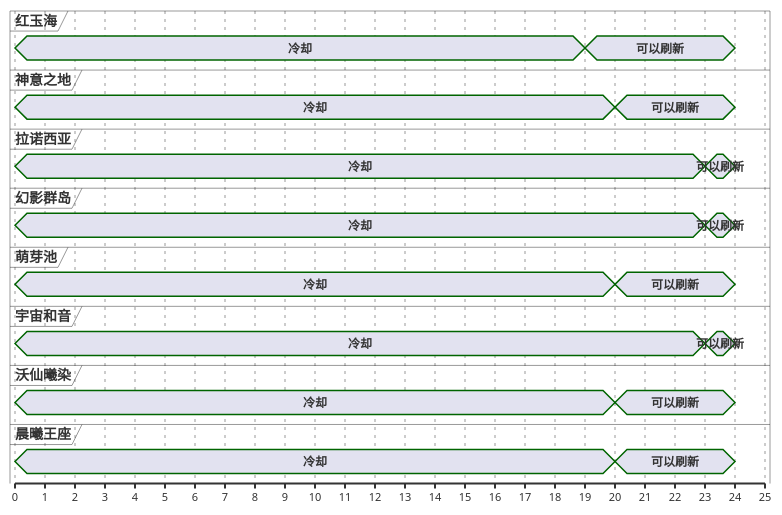
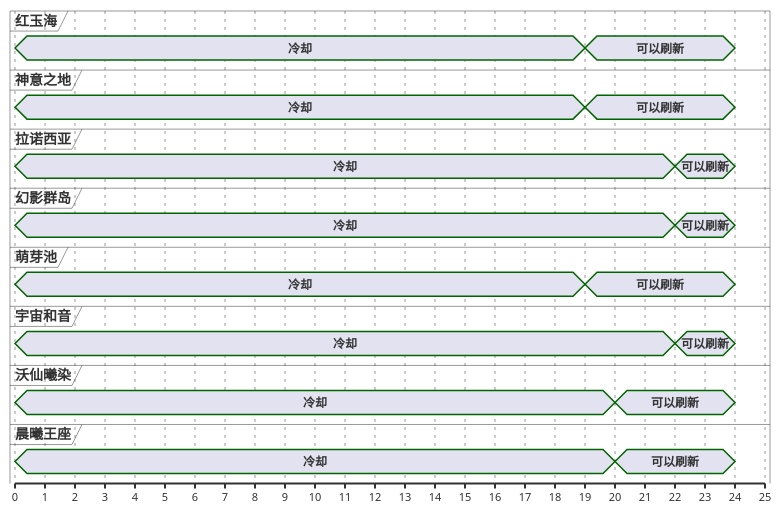
One commit to Eroleice/doc-pi changed the first of 13 diagrams in ffxiv/hunt/2.0/Chernobog.md. Above: the diagram before and after it, drawn with PlantUML. The commit also changed other lines of this file and 38 other files, not shown here.

````diff
--- a/ffxiv/hunt/2.0/Chernobog.md
+++ b/ffxiv/hunt/2.0/Chernobog.md
@@ -33,55 +33,55 @@
 ```plantuml
 @startuml
 scale 1 as 30 pixels
 
 concise 红玉海
 concise 神意之地
 concise 拉诺西亚
 concise 幻影群岛
 concise 萌芽池
 concise 宇宙和音
 concise 沃仙曦染
 concise 晨曦王座
 
 @红玉海
 0 is 冷却
 19 is 可以刷新
 24 is {hidden}
 
 @萌芽池
 0 is 冷却
-20 is 可以刷新
+19 is 可以刷新
 24 is {hidden}
 
 @神意之地
 0 is 冷却
-20 is 可以刷新
+19 is 可以刷新
 24 is {hidden}
 
 @沃仙曦染
 0 is 冷却
 20 is 可以刷新
 24 is {hidden}
 
 @晨曦王座
 0 is 冷却
 20 is 可以刷新
 24 is {hidden}
 
 @拉诺西亚
 0 is 冷却
-23 is 可以刷新
+22 is 可以刷新
 24 is {hidden}
 
 @幻影群岛
 0 is 冷却
-23 is 可以刷新
+22 is 可以刷新
 24 is {hidden}
 
 @宇宙和音
 0 is 冷却
-23 is 可以刷新
+22 is 可以刷新
 24 is {hidden}
 
 @enduml
 ```
````
